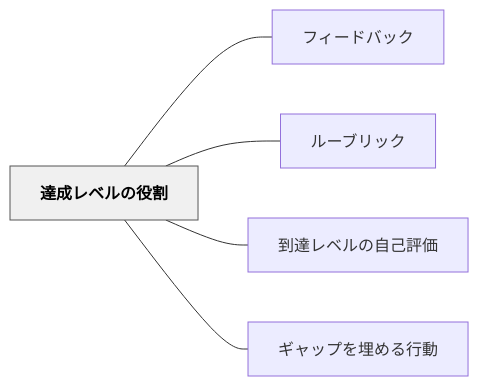
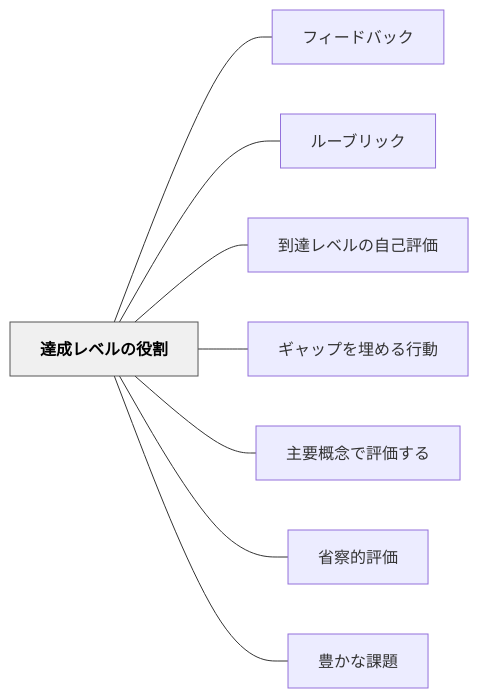
Before and after one commit to unknownthings-ed-patterns/unknownthings-ed-patterns: the diagram in content/パタン/達成レベルの役割.md, drawn with Mermaid. The commit also changed other lines of this file and 35 other files, not shown here.

````diff
--- a/content/パタン/達成レベルの役割.md
+++ b/content/パタン/達成レベルの役割.md
@@ -52,16 +55,22 @@
 ```mermaid
 flowchart LR
     ne98194e68890e383ace38399e383abe381aee5bdb9e589b2["達成レベルの役割"]
     ne38395e382a3e383bce38389e38390e38383e382af["フィードバック"]
     ne383abe383bce38396e383aae38383e382af["ルーブリック"]
     ne588b0e98194e383ace38399e383abe381aee887aae5b7b1e8a995e4bea1["到達レベルの自己評価"]
     ne382aee383a3e38383e38397e38292e59f8be38281e3828be8a18ce58b95["ギャップを埋める行動"]
+    ne4b8bbe8a681e6a682e5bfb5e381a7e8a995e4bea1e38199e3828b["主要概念で評価する"]
+    ne79c81e5af9fe79a84e8a995e4bea1["省察的評価"]
+    ne8b18ae3818be381aae8aab2e9a18c["豊かな課題"]
 
     ne98194e68890e383ace38399e383abe381aee5bdb9e589b2 --- ne38395e382a3e383bce38389e38390e38383e382af
     ne98194e68890e383ace38399e383abe381aee5bdb9e589b2 --- ne383abe383bce38396e383aae38383e382af
     ne98194e68890e383ace38399e383abe381aee5bdb9e589b2 --- ne588b0e98194e383ace38399e383abe381aee887aae5b7b1e8a995e4bea1
     ne98194e68890e383ace38399e383abe381aee5bdb9e589b2 --- ne382aee383a3e38383e38397e38292e59f8be38281e3828be8a18ce58b95
+    ne98194e68890e383ace38399e383abe381aee5bdb9e589b2 --- ne4b8bbe8a681e6a682e5bfb5e381a7e8a995e4bea1e38199e3828b
+    ne98194e68890e383ace38399e383abe381aee5bdb9e589b2 --- ne79c81e5af9fe79a84e8a995e4bea1
+    ne98194e68890e383ace38399e383abe381aee5bdb9e589b2 --- ne8b18ae3818be381aae8aab2e9a18c
 
     classDef hub fill:#f0f0f0,stroke:#555,color:#000,font-weight:bold
     class ne98194e68890e383ace38399e383abe381aee5bdb9e589b2 hub
 ```
````
